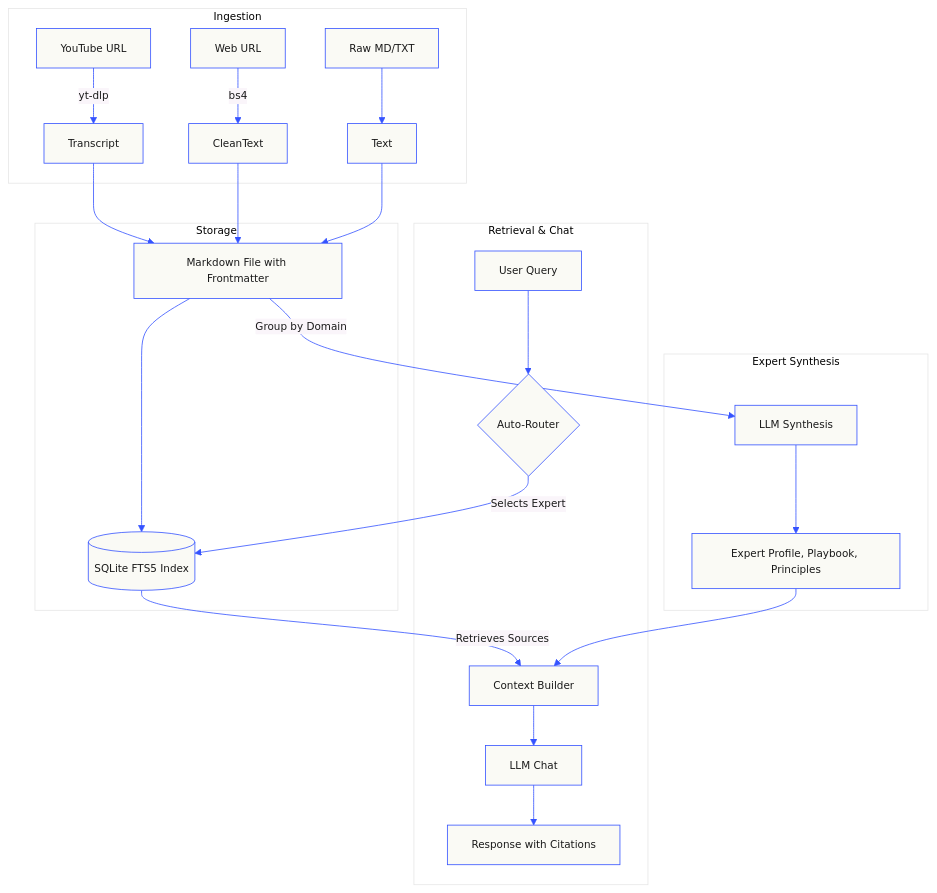
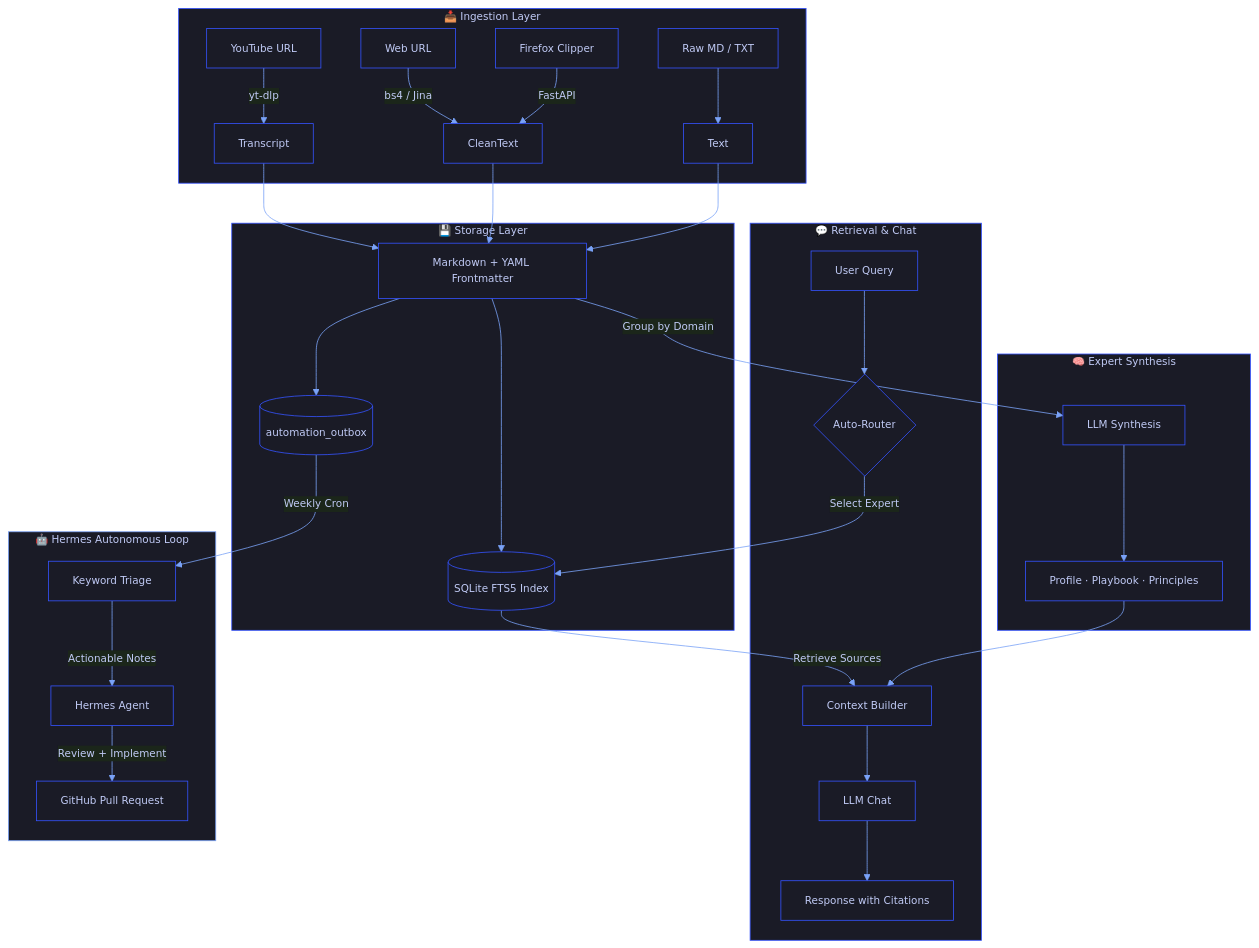
Before and after one commit to s-mberli/LifeOS: the diagram in README.md, drawn with Mermaid. The commit also changed other lines of this file and 2 other files, not shown here.

Commit message:
docs: portfolio-grade README rewrite with hero banner, architecture diagrams, and Hermes docs

````diff
--- a/README.md
+++ b/README.md
@@ -35,30 +46,44 @@
 ```mermaid
-%%{init: {'theme':'base','themeVariables':{'primaryColor':'#fafaf5','primaryTextColor':'#1a1a1a','primaryBorderColor':'#3553ff','lineColor':'#3553ff','fontFamily':'JetBrains Mono','fontSize':'13px'}}}%%
+%%{init: {'theme':'base','themeVariables':{'primaryColor':'#1a1b26','primaryTextColor':'#c0caf5','primaryBorderColor':'#3553ff','lineColor':'#7aa2f7','fontFamily':'monospace','fontSize':'13px'}}}%%
 flowchart TB
-    subgraph Ingestion
-        YT[YouTube URL] --> |yt-dlp| Transcript
-        Web[Web URL] --> |bs4| CleanText
-        Raw[Raw MD/TXT] --> Text
+    subgraph Ingestion["📥 Ingestion Layer"]
+        YT["YouTube URL"] --> |yt-dlp| Transcript
+        Web["Web URL"] --> |bs4 / Jina| CleanText
+        Clip["Firefox Clipper"] --> |FastAPI| CleanText
+        Raw["Raw MD / TXT"] --> Text
     end
-    
-    subgraph Storage
-        Transcript --> MD[Markdown File with Frontmatter]
+
+    subgraph Storage["💾 Storage Layer"]
+        Transcript --> MD["Markdown + YAML Frontmatter"]
         CleanText --> MD
         Text --> MD
-        MD --> DB[(SQLite FTS5 Index)]
+        MD --> DB[("SQLite FTS5 Index")]
+        MD --> Outbox[("automation_outbox")]
     end
-    
-    subgraph Expert Synthesis
-        MD --> |Group by Domain| Synthesis[LLM Synthesis]
-        Synthesis --> Profile[Expert Profile, Playbook, Principles]
+
+    subgraph Experts["🧠 Expert Synthesis"]
+        MD --> |Group by Domain| Synthesis["LLM Synthesis"]
+        Synthesis --> Profile["Profile · Playbook · Principles"]
     end
-    
-    subgraph Retrieval & Chat
-        Query[User Query] --> Router{Auto-Router}
-        Router --> |Selects Expert| DB
-        DB --> |Retrieves Sources| Context[Context Builder]
+
+    subgraph Chat["💬 Retrieval & Chat"]
+        Query["User Query"] --> Router{"Auto-Router"}
+        Router --> |Select Expert| DB
+        DB --> |Retrieve Sources| Context["Context Builder"]
         Profile --> Context
-        Context --> LLM[LLM Chat]
-        LLM --> Response[Response with Citations]
+        Context --> LLM["LLM Chat"]
+        LLM --> Response["Response with Citations"]
     end
+
+    subgraph Hermes["🤖 Hermes Autonomous Loop"]
+        Outbox --> |Weekly Cron| Triage["Keyword Triage"]
+        Triage --> |Actionable Notes| Agent["Hermes Agent"]
+        Agent --> |Review + Implement| PR["GitHub Pull Request"]
+    end
+
+    style Ingestion fill:#1a1b26,stroke:#3553ff,color:#c0caf5
+    style Storage fill:#1a1b26,stroke:#3553ff,color:#c0caf5
+    style Experts fill:#1a1b26,stroke:#3553ff,color:#c0caf5
+    style Chat fill:#1a1b26,stroke:#3553ff,color:#c0caf5
+    style Hermes fill:#1a1b26,stroke:#7aa2f7,color:#c0caf5
 ```
````
